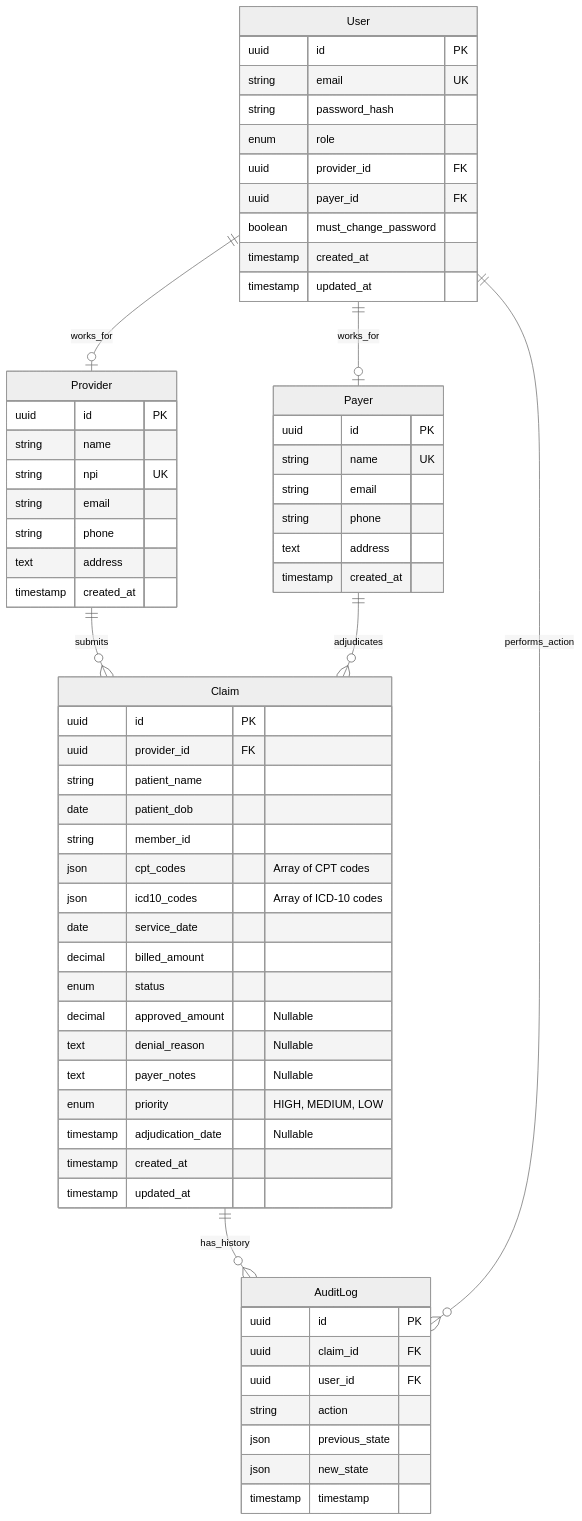
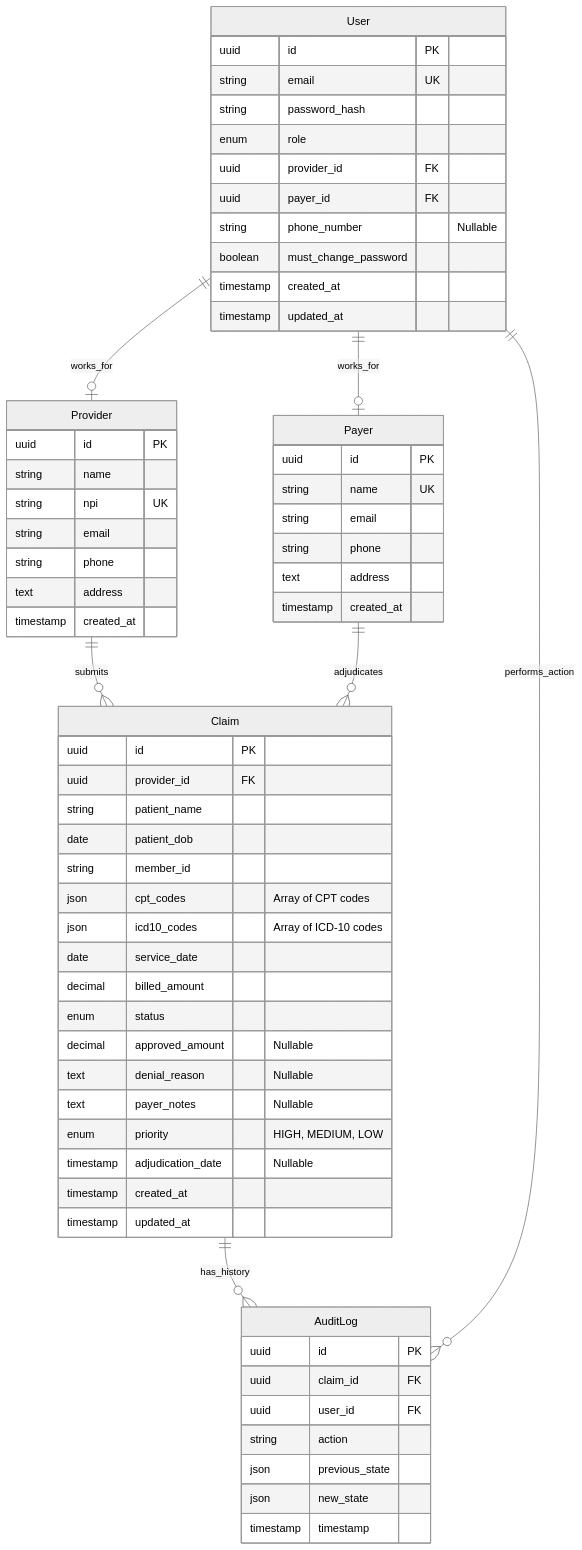
Before and after one commit to rdevarakond88/claims-management-system: diagram 14 of 16 in docs/SYSTEM_UML_DIAGRAMS.md, drawn with Mermaid (neutral theme). The commit also changed other lines of this file and 1 other file, not shown here.

First line of the commit message:
Add phoneNumber field to User model

````diff
--- a/docs/SYSTEM_UML_DIAGRAMS.md
+++ b/docs/SYSTEM_UML_DIAGRAMS.md
@@ -536,70 +537,71 @@
 ```mermaid
 erDiagram
     User ||--o| Provider : "works_for"
     User ||--o| Payer : "works_for"
     Provider ||--o{ Claim : "submits"
     Payer ||--o{ Claim : "adjudicates"
     Claim ||--o{ AuditLog : "has_history"
     User ||--o{ AuditLog : "performs_action"
 
     User {
         uuid id PK
         string email UK
         string password_hash
         enum role
         uuid provider_id FK
         uuid payer_id FK
+        string phone_number "Nullable"
         boolean must_change_password
         timestamp created_at
         timestamp updated_at
     }
 
     Provider {
         uuid id PK
         string name
         string npi UK
         string email
         string phone
         text address
         timestamp created_at
     }
 
     Payer {
         uuid id PK
         string name UK
         string email
         string phone
         text address
         timestamp created_at
     }
 
     Claim {
         uuid id PK
         uuid provider_id FK
         string patient_name
         date patient_dob
         string member_id
         json cpt_codes "Array of CPT codes"
         json icd10_codes "Array of ICD-10 codes"
         date service_date
         decimal billed_amount
         enum status
         decimal approved_amount "Nullable"
         text denial_reason "Nullable"
         text payer_notes "Nullable"
         enum priority "HIGH, MEDIUM, LOW"
         timestamp adjudication_date "Nullable"
         timestamp created_at
         timestamp updated_at
     }
 
     AuditLog {
         uuid id PK
         uuid claim_id FK
         uuid user_id FK
         string action
         json previous_state
         json new_state
         timestamp timestamp
     }
 ```
````
